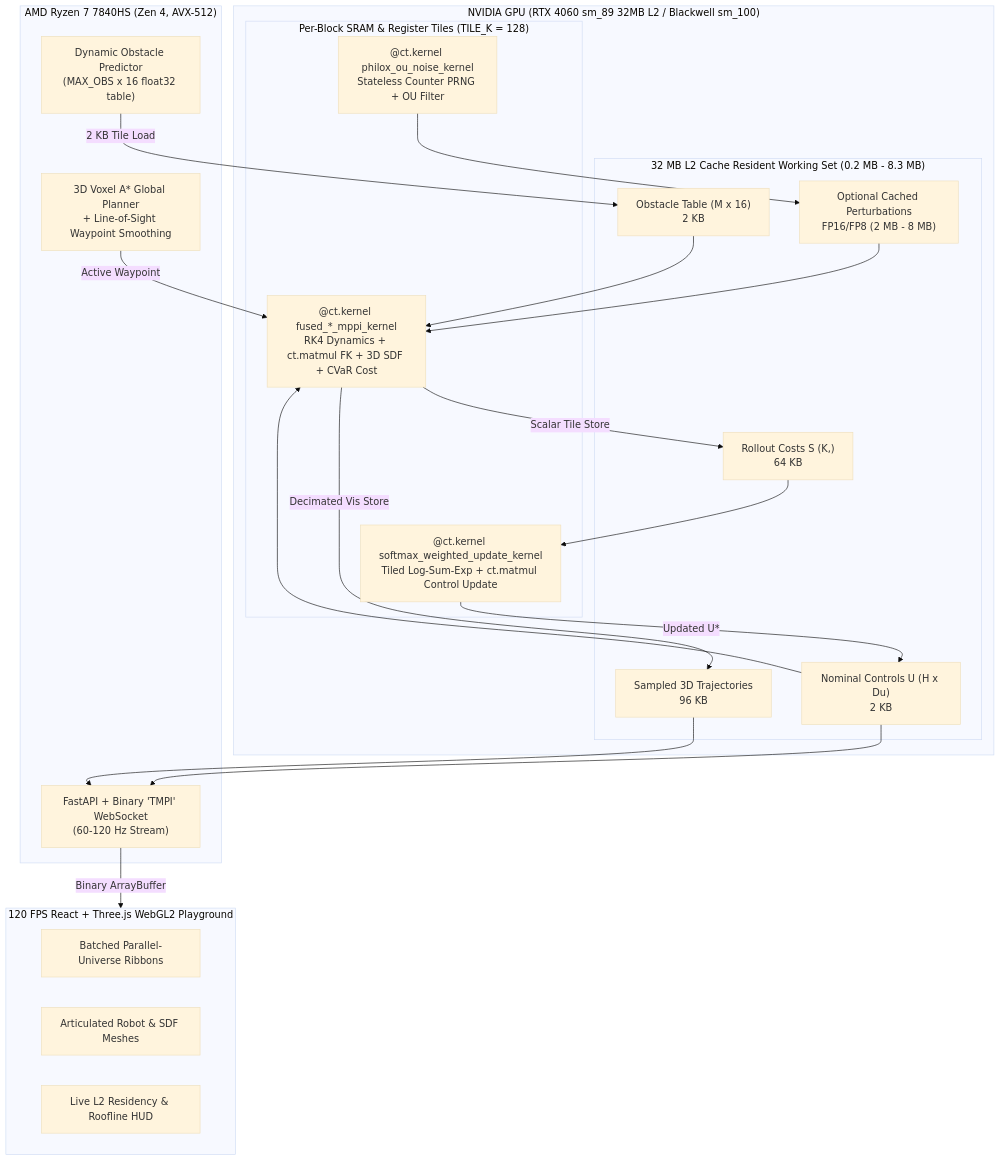
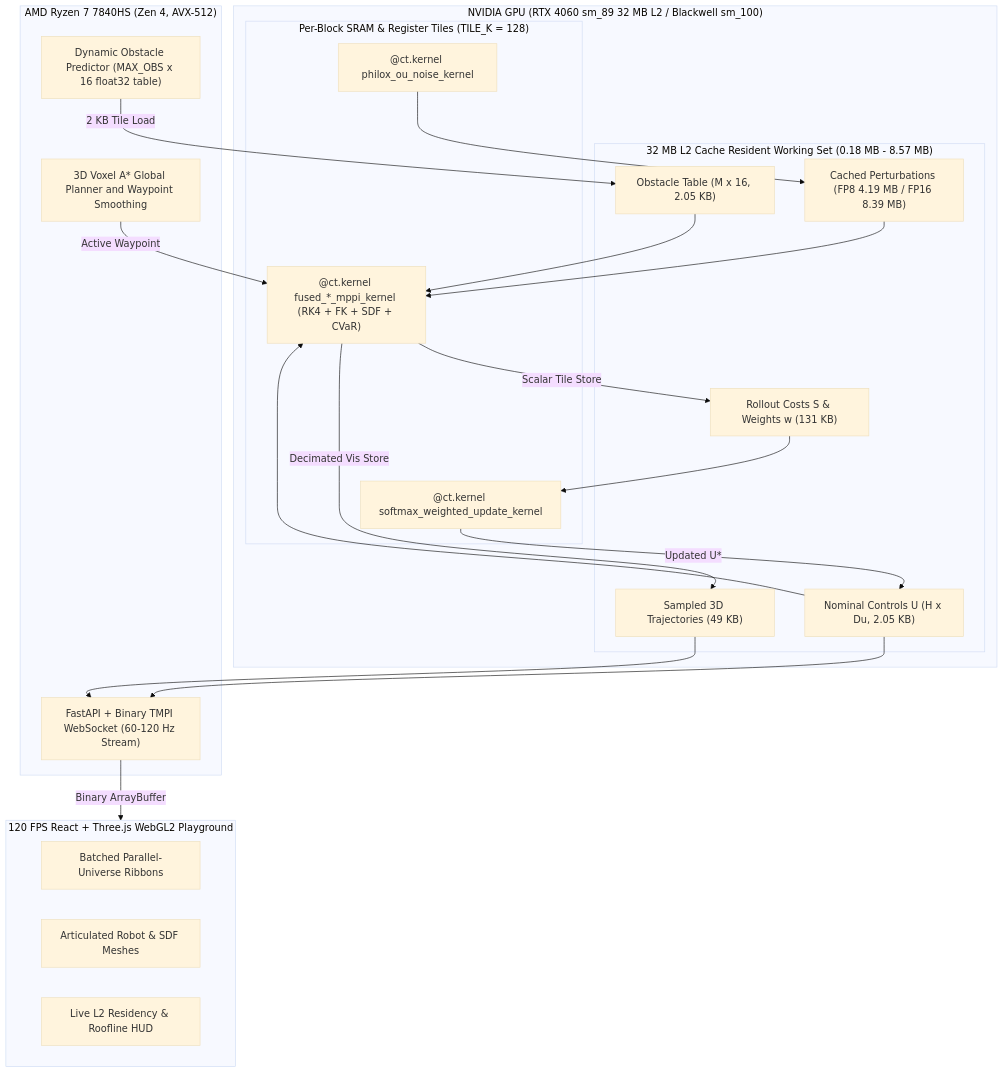
Before and after one commit to samudragupto/tilemppi: the diagram in docs/ARCHITECTURE.md, drawn with Mermaid (base theme). The commit also changed other lines of this file and 2 other files, not shown here.

Commit message:
docs: fix architecture equations, mirror in README, and update author metadata

````diff
--- a/docs/ARCHITECTURE.md
+++ b/docs/ARCHITECTURE.md
@@ -9,44 +9,44 @@
 ```mermaid
 flowchart TB
     subgraph CPU["AMD Ryzen 7 7840HS (Zen 4, AVX-512)"]
-        ASTAR["3D Voxel A* Global Planner<br/>+ Line-of-Sight Waypoint Smoothing"]
-        OBSPRED["Dynamic Obstacle Predictor<br/>(MAX_OBS x 16 float32 table)"]
-        FASTAPI["FastAPI + Binary 'TMPI' WebSocket<br/>(60-120 Hz Stream)"]
+        ASTAR["3D Voxel A* Global Planner and Waypoint Smoothing"]
+        OBSPRED["Dynamic Obstacle Predictor (MAX_OBS x 16 float32 table)"]
+        FASTAPI["FastAPI + Binary TMPI WebSocket (60-120 Hz Stream)"]
     end
 
-    subgraph GPU["NVIDIA GPU (RTX 4060 sm_89 32MB L2 / Blackwell sm_100)"]
-        subgraph L2["32 MB L2 Cache Resident Working Set (0.2 MB - 8.3 MB)"]
-            U_NOM["Nominal Controls U (H x Du)<br/>2 KB"]
-            OBS_TAB["Obstacle Table (M x 16)<br/>2 KB"]
-            NOISE_BUF["Optional Cached Perturbations<br/>FP16/FP8 (2 MB - 8 MB)"]
-            COSTS["Rollout Costs S (K,)<br/>64 KB"]
-            VIS["Sampled 3D Trajectories<br/>96 KB"]
+    subgraph GPU["NVIDIA GPU (RTX 4060 sm_89 32 MB L2 / Blackwell sm_100)"]
+        subgraph L2["32 MB L2 Cache Resident Working Set (0.18 MB - 8.57 MB)"]
+            U_NOM["Nominal Controls U (H x Du, 2.05 KB)"]
+            OBS_TAB["Obstacle Table (M x 16, 2.05 KB)"]
+            NOISE_BUF["Cached Perturbations (FP8 4.19 MB / FP16 8.39 MB)"]
+            COSTS["Rollout Costs S & Weights w (131 KB)"]
+            VIS["Sampled 3D Trajectories (49 KB)"]
         end
 
         subgraph SRAM["Per-Block SRAM & Register Tiles (TILE_K = 128)"]
-            K1["@ct.kernel philox_ou_noise_kernel<br/>Stateless Counter PRNG + OU Filter"]
-            K2["@ct.kernel fused_*_mppi_kernel<br/>RK4 Dynamics + ct.matmul FK + 3D SDF + CVaR Cost"]
-            K3["@ct.kernel softmax_weighted_update_kernel<br/>Tiled Log-Sum-Exp + ct.matmul Control Update"]
+            K1["@ct.kernel philox_ou_noise_kernel"]
+            K2["@ct.kernel fused_*_mppi_kernel (RK4 + FK + SDF + CVaR)"]
+            K3["@ct.kernel softmax_weighted_update_kernel"]
         end
     end
 
     subgraph UI["120 FPS React + Three.js WebGL2 Playground"]
         RIBBONS["Batched Parallel-Universe Ribbons"]
         MESHES["Articulated Robot & SDF Meshes"]
         HUD["Live L2 Residency & Roofline HUD"]
     end
 
     ASTAR -->|"Active Waypoint"| K2
     OBSPRED -->|"2 KB Tile Load"| OBS_TAB
     U_NOM --> K2
     OBS_TAB --> K2
     K1 --> NOISE_BUF
     NOISE_BUF --> K2
     K2 -->|"Scalar Tile Store"| COSTS
     K2 -->|"Decimated Vis Store"| VIS
     COSTS --> K3
     K3 -->|"Updated U*"| U_NOM
     U_NOM --> FASTAPI
     VIS --> FASTAPI
     FASTAPI -->|"Binary ArrayBuffer"| UI
 ```
````
